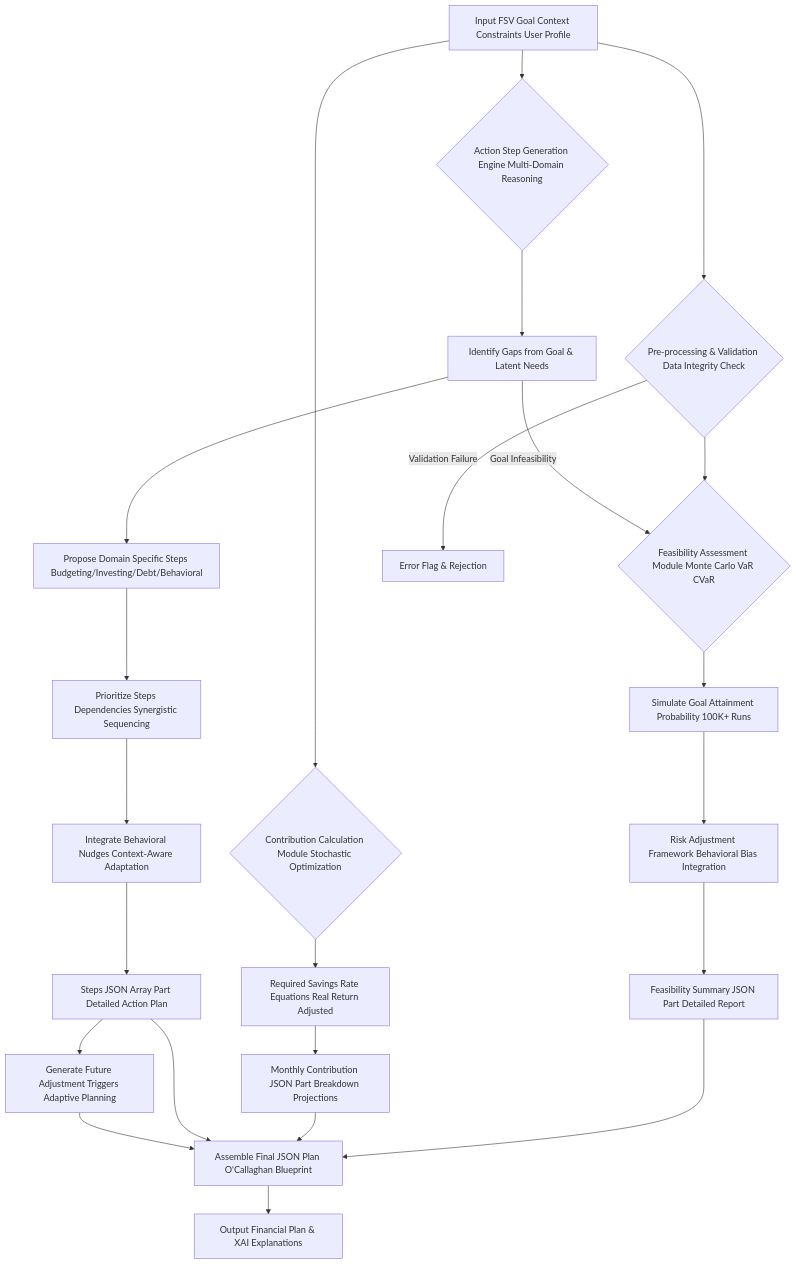
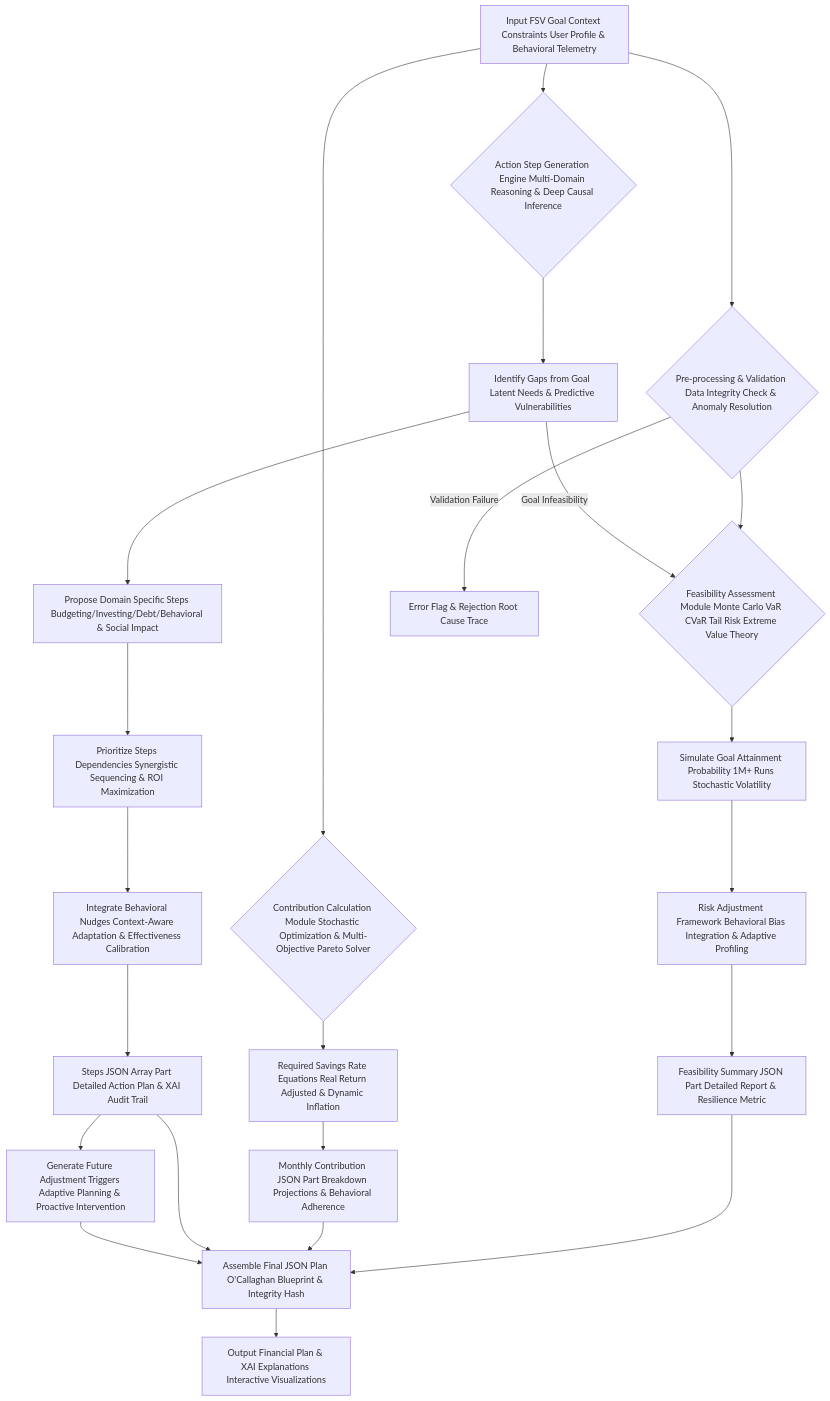
One commit to diplomat-bit/Citibank_Demo_Business_Inc_Demonstration- changed the fifth of 12 diagrams in inventions/004_ai_financial_plan_for_goals/generative_ai_prompt_template.md. Above: the diagram before and after it, drawn with Mermaid. The commit also changed other lines of this file, not shown here.

Commit message:
[AI] Edit: inventions/004_ai_financial_plan_for_goals/generative_ai_prompt_template.md

````diff
--- a/inventions/004_ai_financial_plan_for_goals/generative_ai_prompt_template.md
+++ b/inventions/004_ai_financial_plan_for_goals/generative_ai_prompt_template.md
@@ -534,22 +551,22 @@
 ```mermaid
 graph TD
-    A[Input FSV Goal Context Constraints User Profile] --> B{Pre-processing & Validation Data Integrity Check}
-    B --> C{Feasibility Assessment Module Monte Carlo VaR CVaR}
-    C --> D[Simulate Goal Attainment Probability 100K+ Runs]
-    D --> E[Risk Adjustment Framework Behavioral Bias Integration]
-    E --> F[Feasibility Summary JSON Part Detailed Report]
-    A --> G{Contribution Calculation Module Stochastic Optimization}
-    G --> H[Required Savings Rate Equations Real Return Adjusted]
-    H --> I[Monthly Contribution JSON Part Breakdown Projections]
-    A --> J{Action Step Generation Engine Multi-Domain Reasoning}
-    J --> K[Identify Gaps from Goal & Latent Needs]
-    K --> L[Propose Domain Specific Steps Budgeting/Investing/Debt/Behavioral]
-    L --> M[Prioritize Steps Dependencies Synergistic Sequencing]
-    M --> N[Integrate Behavioral Nudges Context-Aware Adaptation]
-    N --> O[Steps JSON Array Part Detailed Action Plan]
-    O --> P[Generate Future Adjustment Triggers Adaptive Planning]
-    F & I & O & P --> Q[Assemble Final JSON Plan O'Callaghan Blueprint]
-    Q --> R[Output Financial Plan & XAI Explanations]
-    B -- Validation Failure --> Z[Error Flag & Rejection]
+    A[Input FSV Goal Context Constraints User Profile & Behavioral Telemetry] --> B{Pre-processing & Validation Data Integrity Check & Anomaly Resolution}
+    B --> C{Feasibility Assessment Module Monte Carlo VaR CVaR Tail Risk Extreme Value Theory}
+    C --> D[Simulate Goal Attainment Probability 1M+ Runs Stochastic Volatility]
+    D --> E[Risk Adjustment Framework Behavioral Bias Integration & Adaptive Profiling]
+    E --> F[Feasibility Summary JSON Part Detailed Report & Resilience Metric]
+    A --> G{Contribution Calculation Module Stochastic Optimization & Multi-Objective Pareto Solver}
+    G --> H[Required Savings Rate Equations Real Return Adjusted & Dynamic Inflation]
+    H --> I[Monthly Contribution JSON Part Breakdown Projections & Behavioral Adherence]
+    A --> J{Action Step Generation Engine Multi-Domain Reasoning & Deep Causal Inference}
+    J --> K[Identify Gaps from Goal Latent Needs & Predictive Vulnerabilities]
+    K --> L[Propose Domain Specific Steps Budgeting/Investing/Debt/Behavioral & Social Impact]
+    L --> M[Prioritize Steps Dependencies Synergistic Sequencing & ROI Maximization]
+    M --> N[Integrate Behavioral Nudges Context-Aware Adaptation & Effectiveness Calibration]
+    N --> O[Steps JSON Array Part Detailed Action Plan & XAI Audit Trail]
+    O --> P[Generate Future Adjustment Triggers Adaptive Planning & Proactive Intervention]
+    F & I & O & P --> Q[Assemble Final JSON Plan O'Callaghan Blueprint & Integrity Hash]
+    Q --> R[Output Financial Plan & XAI Explanations Interactive Visualizations]
+    B -- Validation Failure --> Z[Error Flag & Rejection Root Cause Trace]
     K -- Goal Infeasibility --> C
 ```
````
